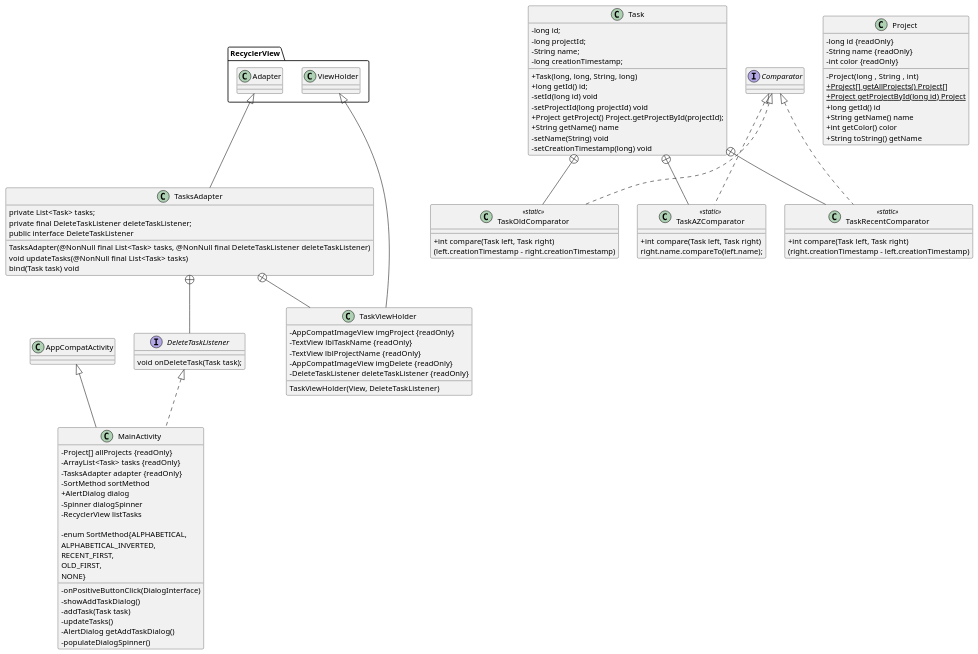
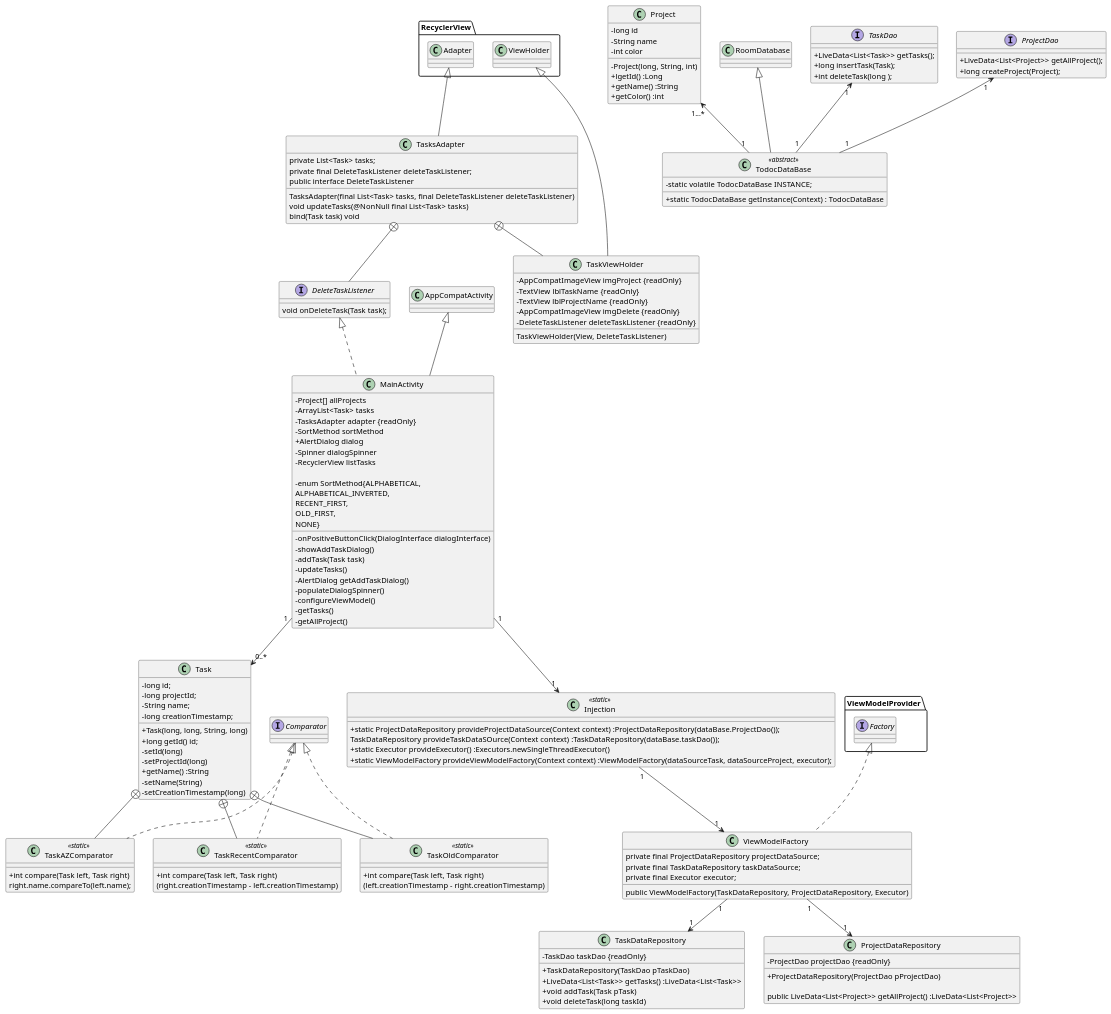
Before and after one commit to rGreenData/todoc-master-: the diagram in app/Class_diagram.puml, drawn with PlantUML. The commit also changed 3 other files, not shown here.

Commit message:
Class diagram in progress

```diff
--- a/app/Class_diagram.puml
+++ b/app/Class_diagram.puml
@@ -1,104 +1,162 @@
 @startuml
 skinparam classAttributeIconSize 0
 
 class MainActivity extends AppCompatActivity implements DeleteTaskListener {
 
-    - Project[] allProjects {readOnly}
-    - ArrayList<Task> tasks {readOnly}
+    - Project[] allProjects
+    - ArrayList<Task> tasks
     - TasksAdapter adapter {readOnly}
     - SortMethod sortMethod
     + AlertDialog dialog
     - Spinner dialogSpinner
     - RecyclerView listTasks
 
-    - onPositiveButtonClick(DialogInterface)
+    - onPositiveButtonClick(DialogInterface dialogInterface)
     - showAddTaskDialog()
     - addTask(Task task)
     - updateTasks()
     - AlertDialog getAddTaskDialog()
     - populateDialogSpinner()
     - enum SortMethod{ALPHABETICAL,
                               ALPHABETICAL_INVERTED,
                               RECENT_FIRST,
                               OLD_FIRST,
                               NONE}
+    - configureViewModel()
+    - getTasks()
+    - getAllProject()
 }
-
+MainActivity "1" -down-> "0..*" Task
+MainActivity "1" -down-> "1" Injection
 
 class Task {
     - long id;
     - long projectId;
     - String name;
     - long creationTimestamp;
 
     + Task(long, long, String, long)
     + long getId() id;
-    - setId(long id) void
-    - setProjectId(long projectId) void
-    + Project getProject() Project.getProjectById(projectId);
-    + String getName() name
-    - setName(String) void
-    - setCreationTimestamp(long) void
+    - setId(long)
+    - setProjectId(long)
+    + getName() :String
+    - setName(String)
+    - setCreationTimestamp(long)
 }
 
  class TaskAZComparator <<static>> implements Comparator {
         + int compare(Task left, Task right)
         right.name.compareTo(left.name);
 
     }
 
 class TaskRecentComparator <<static>> implements Comparator {
         + int compare(Task left, Task right)
            (right.creationTimestamp - left.creationTimestamp)
 
     }
 
  class TaskOldComparator <<static>> implements Comparator{
         + int compare(Task left, Task right)
             (left.creationTimestamp - right.creationTimestamp)
 
     }
 
 class Project {
-    -long id {readOnly}
-    -String name {readOnly}
-    -int color {readOnly}
+    -long id
+    -String name
+    -int color
 
-    -Project(long ,  String , int)
-    +{static} Project[] getAllProjects() Project[]
-    +{static} Project getProjectById(long id) Project
-    +long getId() id
-    +String getName() name
-    +int getColor() color
-    +String toString() getName
+    -Project(long, String, int)
+    +lgetId() :Long
+    +getName() :String
+    + getColor() :int
     }
 
 class TasksAdapter extends RecyclerView.Adapter{
     private List<Task> tasks;
     private final DeleteTaskListener deleteTaskListener;
-    TasksAdapter(@NonNull final List<Task> tasks, @NonNull final DeleteTaskListener deleteTaskListener)
+    TasksAdapter(final List<Task> tasks, final DeleteTaskListener deleteTaskListener)
     void updateTasks(@NonNull final List<Task> tasks)
     public interface DeleteTaskListener
     bind(Task task) void
 }
 
 class TaskViewHolder extends RecyclerView.ViewHolder {
         - AppCompatImageView imgProject {readOnly}
         - TextView lblTaskName {readOnly}
         - TextView lblProjectName {readOnly}
         - AppCompatImageView imgDelete {readOnly}
         - DeleteTaskListener deleteTaskListener {readOnly}
           TaskViewHolder(View, DeleteTaskListener)
     }
 
 interface DeleteTaskListener {
             void onDeleteTask(Task task);
         }
 
+class TodocDataBase <<abstract>> extends RoomDatabase {
+        -static volatile TodocDataBase INSTANCE;
+        + static TodocDataBase getInstance(Context) : TodocDataBase
+    }
+TaskDao "1" <-down- "1" TodocDataBase
+ProjectDao "1" <-down- "1" TodocDataBase
+Project "1...*" <-down- "1" TodocDataBase
+
+interface TaskDao {
+    +LiveData<List<Task>> getTasks();
+    +long insertTask(Task);
+    +int deleteTask(long );
+}
+
+
+interface ProjectDao {
+   +LiveData<List<Project>> getAllProject();
+   +long createProject(Project);
+}
+
+class ViewModelFactory implements ViewModelProvider.Factory {
+
+    private final ProjectDataRepository projectDataSource;
+    private final TaskDataRepository taskDataSource;
+    private final Executor executor;
+
+    public ViewModelFactory(TaskDataRepository, ProjectDataRepository, Executor)
+    }
+Injection "1" -down-> "1" ViewModelFactory
+ViewModelFactory "1" -down-> "1" TaskDataRepository
+ViewModelFactory "1" -down-> "1" ProjectDataRepository
+
+class Injection <<static>> {
++static ProjectDataRepository provideProjectDataSource(Context context) :ProjectDataRepository(dataBase.ProjectDao());
+TaskDataRepository provideTaskDataSOurce(Context context) :TaskDataRepository(dataBase.taskDao());
++static Executor provideExecutor() :Executors.newSingleThreadExecutor()
++static ViewModelFactory provideViewModelFactory(Context context) :ViewModelFactory(dataSourceTask, dataSourceProject, executor);
+}
+
+
+class ProjectDataRepository {
+    -ProjectDao projectDao {readOnly}
+    +ProjectDataRepository(ProjectDao pProjectDao)
+
+    public LiveData<List<Project>> getAllProject() :LiveData<List<Project>>
+
+}
+
+
+class TaskDataRepository {
+    -TaskDao taskDao {readOnly}
+
+    +TaskDataRepository(TaskDao pTaskDao)
+    +LiveData<List<Task>> getTasks() :LiveData<List<Task>>
+    +void addTask(Task pTask)
+    +void deleteTask(long taskId)
+}
+
 
 TasksAdapter +-- DeleteTaskListener
 TasksAdapter +-- TaskViewHolder
 Task +-- TaskAZComparator
 Task +-- TaskRecentComparator
 Task +-- TaskOldComparator
 @enduml
```
